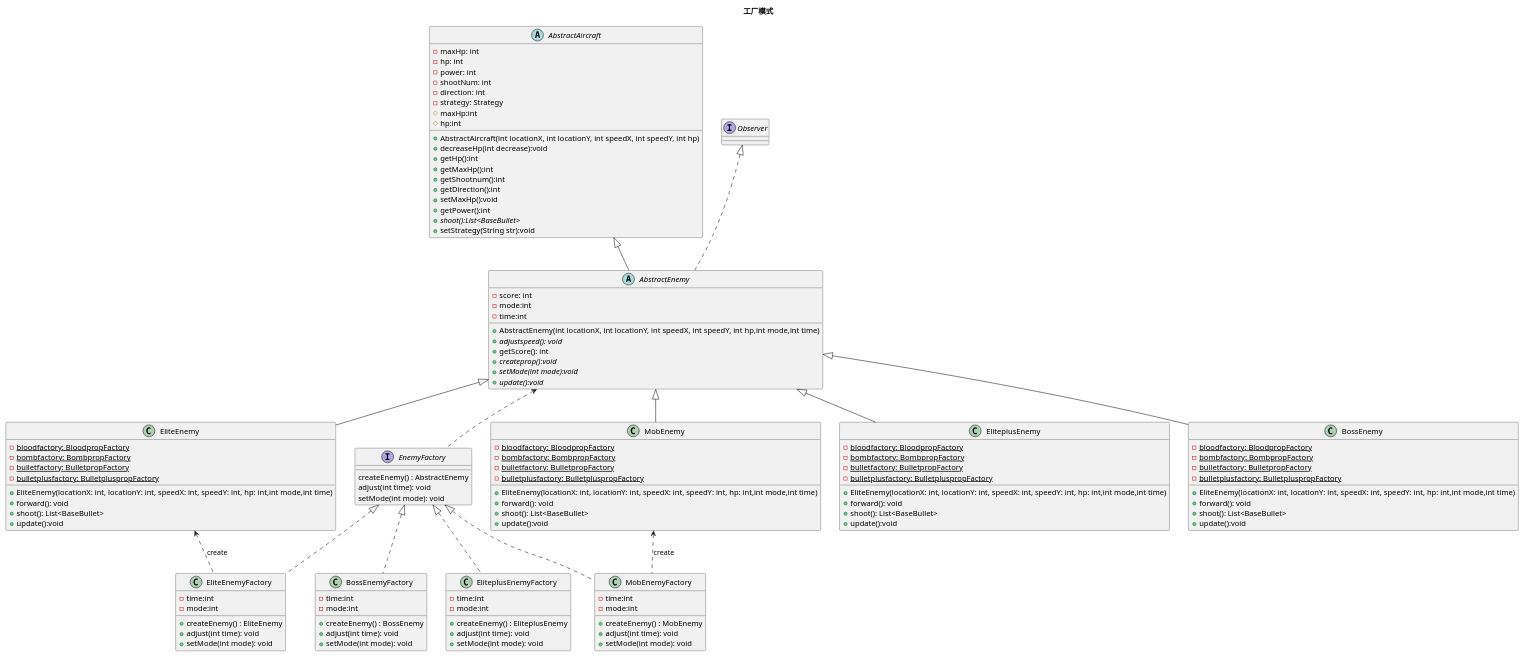
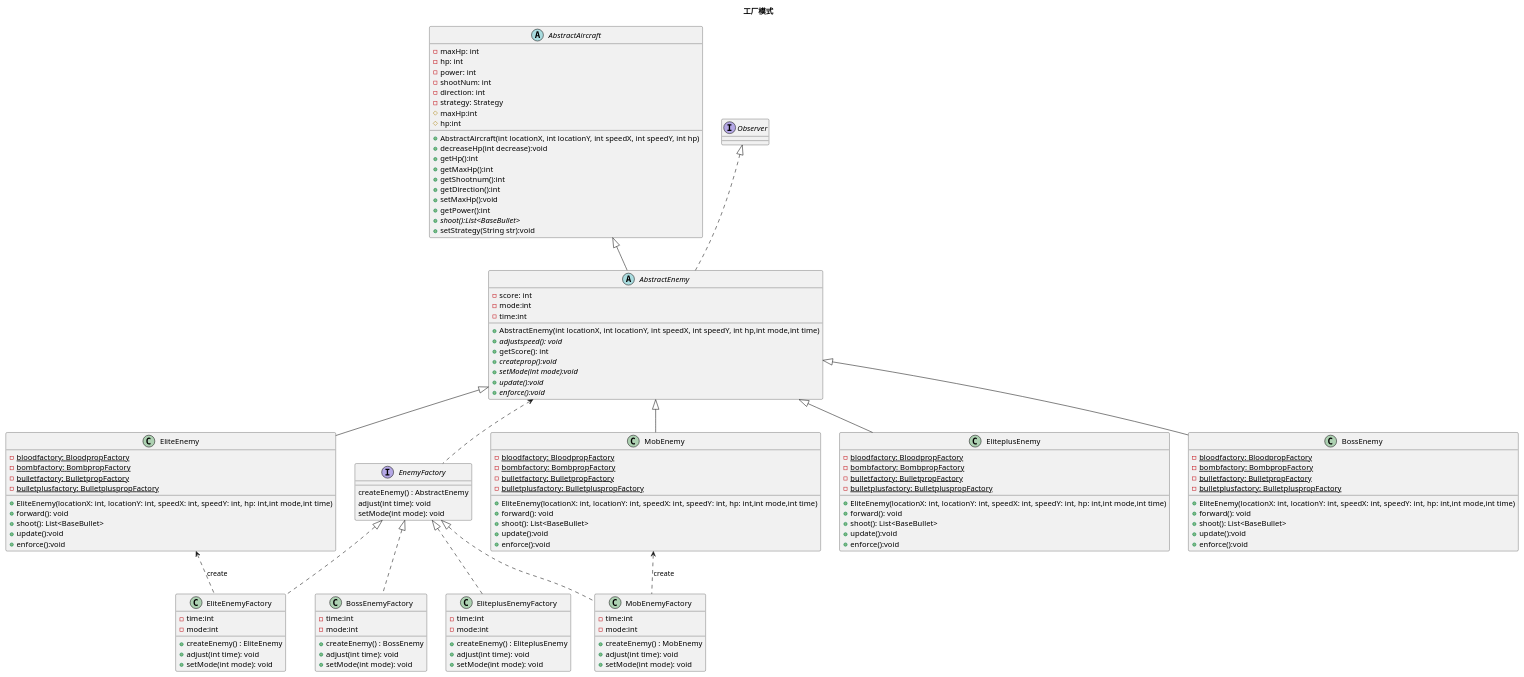
The diagram in uml/enemyfactory.puml (jangyicheng/Java-wargame), drawn with PlantUML before and after one commit. The commit also changed 19 other files, not shown here.

```diff
--- a/uml/enemyfactory.puml
+++ b/uml/enemyfactory.puml
@@ -1,116 +1,121 @@
 @startuml
 'https://plantuml.com/class-diagram
 title 工厂模式
 abstract class AbstractAircraft
 {
     -maxHp: int
     -hp: int
     -power: int
     -shootNum: int
     -direction: int
     -strategy: Strategy
 	# maxHp:int
     # hp:int
     + AbstractAircraft(int locationX, int locationY, int speedX, int speedY, int hp)
     + decreaseHp(int decrease):void
     + getHp():int
     + getMaxHp():int
     + getShootnum():int
     +getDirection():int
     + setMaxHp():void
     + getPower():int
     + {abstract} shoot():List<BaseBullet>
     + setStrategy(String str):void
  }
 
 abstract class AbstractEnemy extends AbstractAircraft implements Observer{
   - score: int
       -mode:int
       -time:int
      + AbstractEnemy(int locationX, int locationY, int speedX, int speedY, int hp,int mode,int time)
   + {abstract}adjustspeed(): void
   + getScore(): int
   + {abstract} createprop():void
   + {abstract} setMode(int mode):void
   + {abstract} update():void
+  + {abstract} enforce():void
 }
 
 class EliteEnemy extends AbstractEnemy {
     -{static}bloodfactory: BloodpropFactory
     -{static}bombfactory: BombpropFactory
     -{static}bulletfactory: BulletpropFactory
     -{static}bulletplusfactory: BulletpluspropFactory
   + EliteEnemy(locationX: int, locationY: int, speedX: int, speedY: int, hp: int,int mode,int time)
   + forward(): void
   + shoot(): List<BaseBullet>
     + update():void
+    +enforce():void
 }
 class EliteplusEnemy extends AbstractEnemy {
     -{static}bloodfactory: BloodpropFactory
     -{static}bombfactory: BombpropFactory
     -{static}bulletfactory: BulletpropFactory
     -{static}bulletplusfactory: BulletpluspropFactory
   + EliteEnemy(locationX: int, locationY: int, speedX: int, speedY: int, hp: int,int mode,int time)
   + forward(): void
   + shoot(): List<BaseBullet>
       + update():void
+      +enforce():void
 }
 class MobEnemy extends AbstractEnemy {
     -{static}bloodfactory: BloodpropFactory
     -{static}bombfactory: BombpropFactory
     -{static}bulletfactory: BulletpropFactory
     -{static}bulletplusfactory: BulletpluspropFactory
   + EliteEnemy(locationX: int, locationY: int, speedX: int, speedY: int, hp: int,int mode,int time)
   + forward(): void
   + shoot(): List<BaseBullet>
       + update():void
+      +enforce():void
 }
 
 class BossEnemy extends AbstractEnemy{
 -{static}bloodfactory: BloodpropFactory
     -{static}bombfactory: BombpropFactory
     -{static}bulletfactory: BulletpropFactory
     -{static}bulletplusfactory: BulletpluspropFactory
   + EliteEnemy(locationX: int, locationY: int, speedX: int, speedY: int, hp: int,int mode,int time)
   + forward(): void
   + shoot(): List<BaseBullet>
       + update():void
+          +enforce():void
 }
 
 interface EnemyFactory {
     createEnemy() : AbstractEnemy
     adjust(int time): void
     setMode(int mode): void
 }
 class EliteEnemyFactory implements EnemyFactory{
     -time:int
     -mode:int
     +createEnemy() : EliteEnemy
     +adjust(int time): void
     +setMode(int mode): void
 }
 class MobEnemyFactory implements EnemyFactory{
     -time:int
     -mode:int
     +createEnemy() : MobEnemy
     +adjust(int time): void
     +setMode(int mode): void
 }
 class EliteplusEnemyFactory implements EnemyFactory{
     -time:int
     -mode:int
     +createEnemy() : EliteplusEnemy
     +adjust(int time): void
     +setMode(int mode): void
 }
 class BossEnemyFactory implements EnemyFactory{
     -time:int
     -mode:int
     +createEnemy() : BossEnemy
     +adjust(int time): void
     +setMode(int mode): void
 }
 AbstractEnemy<..EnemyFactory
 EliteEnemy<.. EliteEnemyFactory:create
 MobEnemy<.. MobEnemyFactory:create
 @enduml
```
